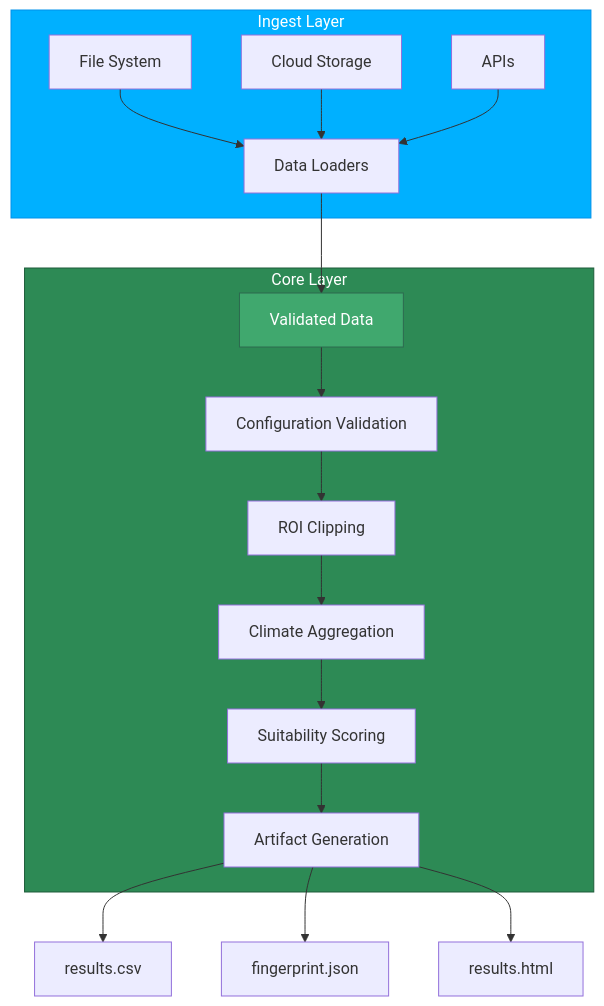
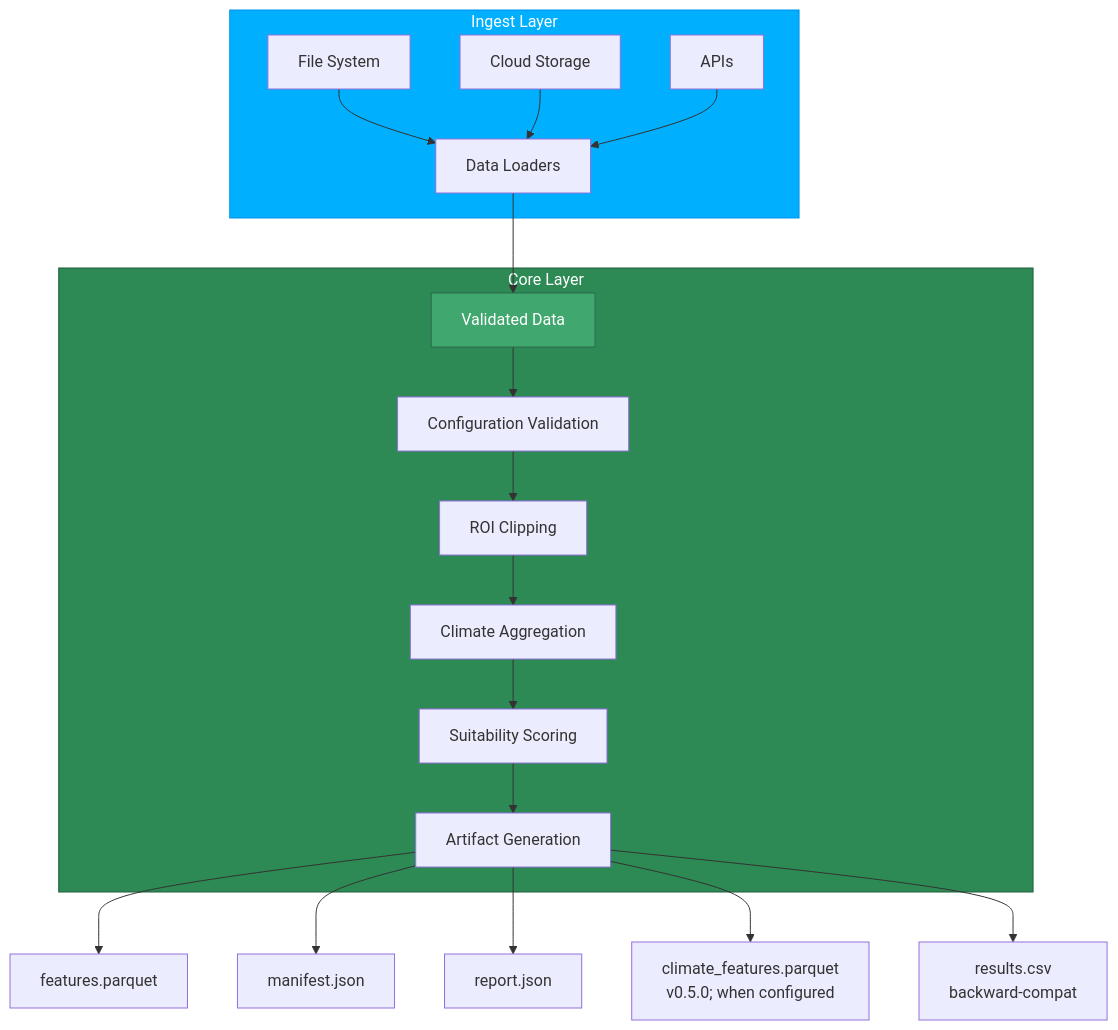
Before and after one commit to gmarupilla/AgroTerraFlow: the diagram in docs/architecture/boundaries.md, drawn with Mermaid. The commit also changed 3 other files, not shown here.

First line of the commit message:
docs: architecture diagrams — full v0.5.0 sweep (#158)

````diff
--- a/docs/architecture/boundaries.md
+++ b/docs/architecture/boundaries.md
@@ -14,27 +14,29 @@
 ```mermaid
 flowchart TD
     subgraph Ingest["Ingest Layer"]
         A[File System]
         B[Cloud Storage]
         C[APIs]
         A & B & C --> D[Data Loaders]
     end
     
     D --> E[Validated Data]
     
     subgraph Core["Core Layer"]
         E --> F[Configuration Validation]
         F --> G[ROI Clipping]
         G --> H[Climate Aggregation]
         H --> I[Suitability Scoring]
         I --> J[Artifact Generation]
     end
     
-    J --> K[results.csv]
-    J --> L[fingerprint.json]
-    J --> M[results.html]
+    J --> K[features.parquet]
+    J --> L[manifest.json]
+    J --> M[report.json]
+    J --> N[climate_features.parquet<br/>v0.5.0; when configured]
+    J --> O[results.csv<br/>backward-compat]
     
     style Ingest fill:#00b0ff,stroke:#0091ea,color:#fff
     style Core fill:#2d8a55,stroke:#1e5c3a,color:#fff
     style E fill:#40a86e,stroke:#2d6a4f,color:#fff
 ```
````
